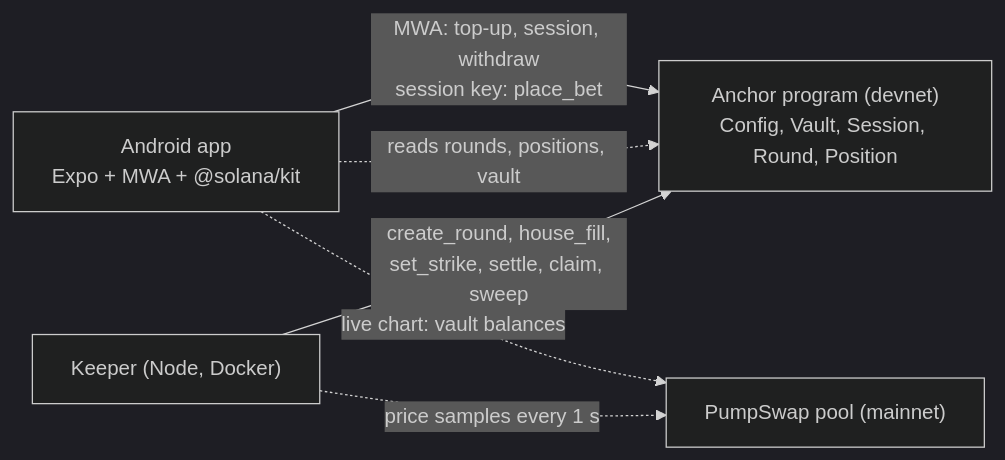
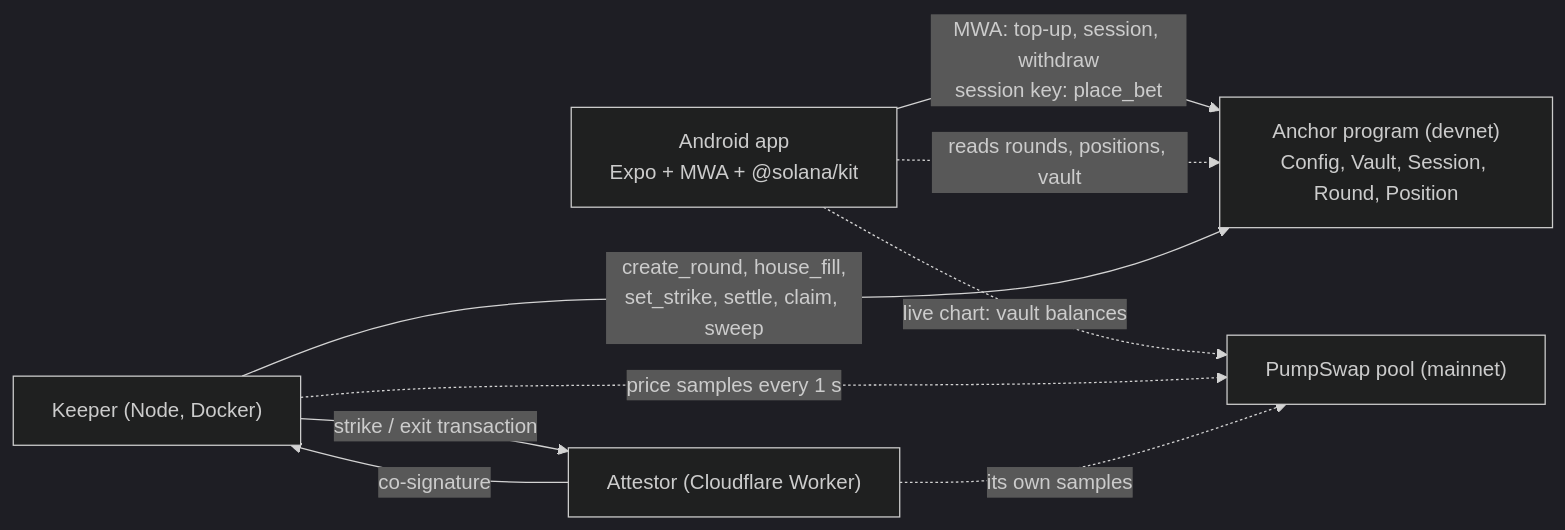
The diagram in README.md (Sofiia7/flipthememe-solana), drawn with Mermaid (dark theme) before and after one commit. The commit also changed other lines of this file and 2 other files, not shown here.

````diff
--- a/README.md
+++ b/README.md
@@ -66,8 +68,11 @@
 ```mermaid
 flowchart LR
   A["Android app<br/>Expo + MWA + @solana/kit"] -- "MWA: top-up, session, withdraw<br/>session key: place_bet" --> P["Anchor program (devnet)<br/>Config, Vault, Session, Round, Position"]
   A -. "reads rounds, positions, vault" .-> P
   A -. "live chart: vault balances" .-> M["PumpSwap pool (mainnet)"]
   K["Keeper (Node, Docker)"] -- "create_round, house_fill,<br/>set_strike, settle, claim, sweep" --> P
   K -. "price samples every 1 s" .-> M
+  K -- "strike / exit transaction" --> T["Attestor (Cloudflare Worker)"]
+  T -- "co-signature" --> K
+  T -. "its own samples" .-> M
 ```
````
